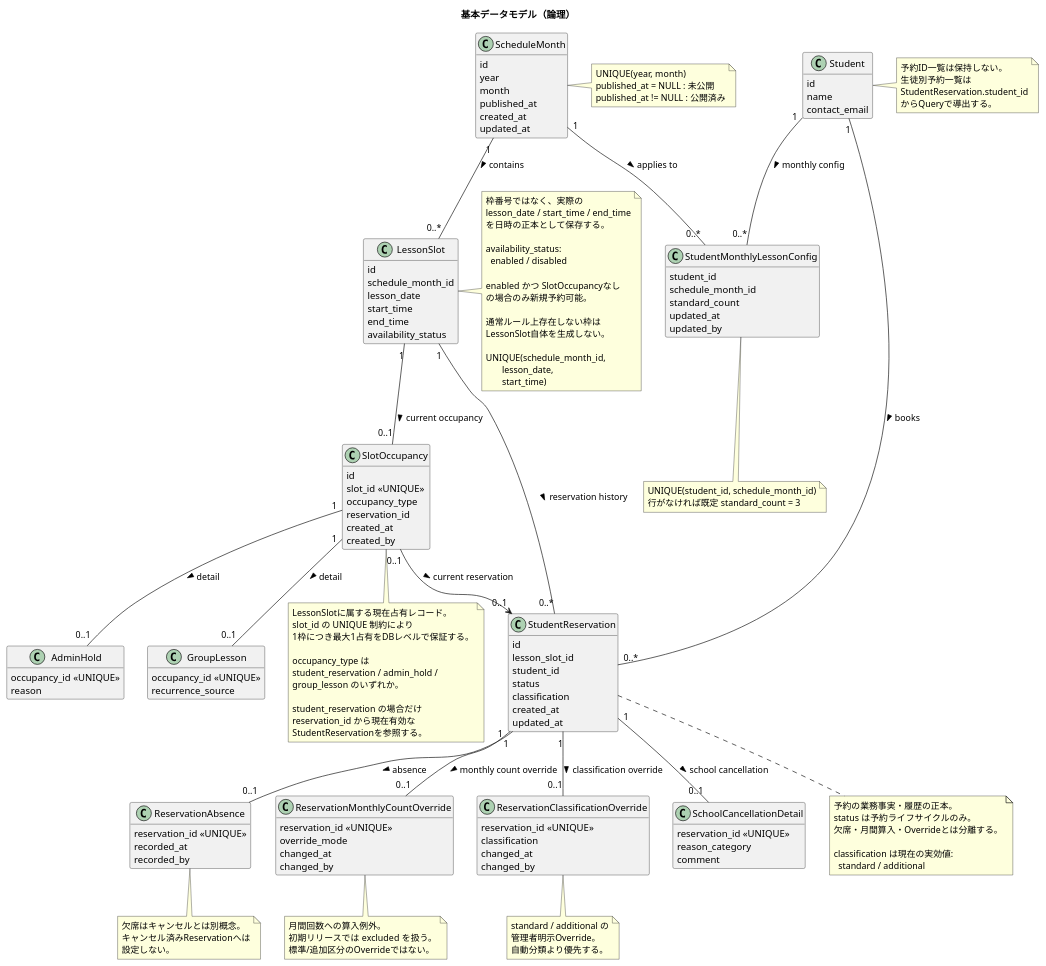
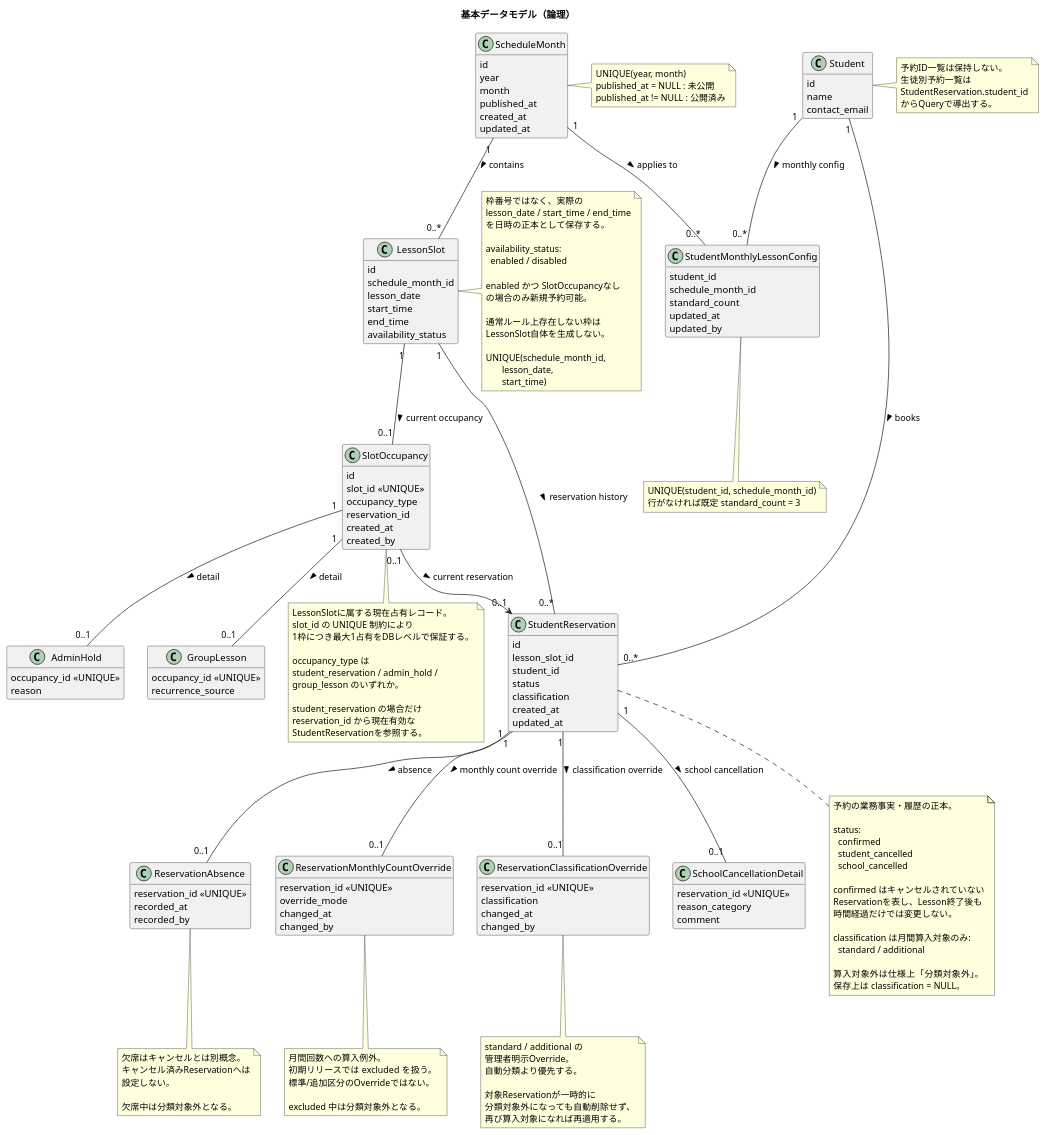
Before and after one commit to suzukure/nssscdl: the diagram in docs/diagrams/plantuml/data-model-overview.puml, drawn with PlantUML.

Commit message:
Reflect confirmed lifecycle and classification applicability in diagram

```diff
--- a/docs/diagrams/plantuml/data-model-overview.puml
+++ b/docs/diagrams/plantuml/data-model-overview.puml
@@ -142,29 +142,47 @@
 
 note bottom of StudentReservation
   予約の業務事実・履歴の正本。
-  status は予約ライフサイクルのみ。
-  欠席・月間算入・Overrideとは分離する。
 
-  classification は現在の実効値:
+  status:
+    confirmed
+    student_cancelled
+    school_cancelled
+
+  confirmed はキャンセルされていない
+  Reservationを表し、Lesson終了後も
+  時間経過だけでは変更しない。
+
+  classification は月間算入対象のみ:
     standard / additional
+
+  算入対象外は仕様上「分類対象外」。
+  保存上は classification = NULL。
 end note
 
 note bottom of ReservationAbsence
   欠席はキャンセルとは別概念。
   キャンセル済みReservationへは
   設定しない。
+
+  欠席中は分類対象外となる。
 end note
 
 note bottom of ReservationMonthlyCountOverride
   月間回数への算入例外。
   初期リリースでは excluded を扱う。
   標準/追加区分のOverrideではない。
+
+  excluded 中は分類対象外となる。
 end note
 
 note bottom of ReservationClassificationOverride
   standard / additional の
   管理者明示Override。
   自動分類より優先する。
+
+  対象Reservationが一時的に
+  分類対象外になっても自動削除せず、
+  再び算入対象になれば再適用する。
 end note
 
 note bottom of StudentMonthlyLessonConfig
```
